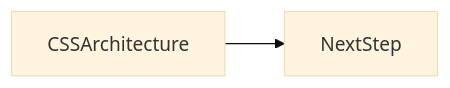
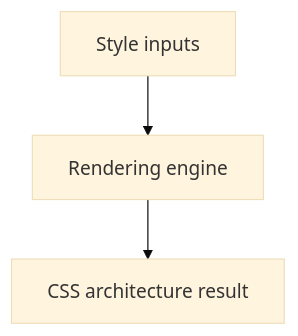
The second of 2 diagrams in docs/en/05-css/css-architecture/index.md (OmidJavaherii/Frontend-Engineering-Handbook), drawn with Mermaid (base theme) before and after one commit. The commit also changed other lines of this file and 461 other files, not shown here.

````diff
--- a/docs/en/05-css/css-architecture/index.md
+++ b/docs/en/05-css/css-architecture/index.md
@@ -96,4 +114,5 @@
 ```mermaid
-flowchart LR
-  concept[CSSArchitecture] --> nextStep[NextStep]
+flowchart TD
+  Input[Style inputs] --> Engine[Rendering engine]
+  Engine --> Out[CSS architecture result]
 ```
````
